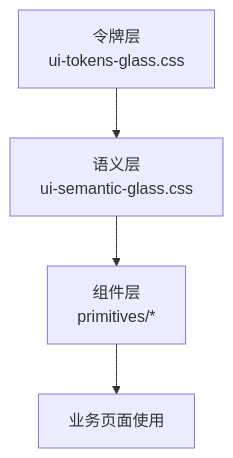
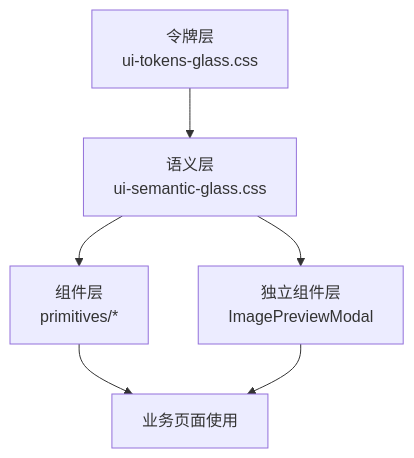
The second of 10 diagrams in .qoder/repowiki/zh/content/前端组件架构/UI组件库/UI组件库.md (lyl2021/waoowaoo), drawn with Mermaid before and after one commit. The commit also changed other lines of this file and 20 other files, not shown here.

````diff
--- a/.qoder/repowiki/zh/content/前端组件架构/UI组件库/UI组件库.md
+++ b/.qoder/repowiki/zh/content/前端组件架构/UI组件库/UI组件库.md
@@ -85,6 +107,8 @@
 ```mermaid
 graph TB
 T["令牌层<br/>ui-tokens-glass.css"] --> S["语义层<br/>ui-semantic-glass.css"]
 S --> P["组件层<br/>primitives/*"]
+S --> IM["独立组件层<br/>ImagePreviewModal"]
 P --> U["业务页面使用"]
+IM --> U
 ```
````
